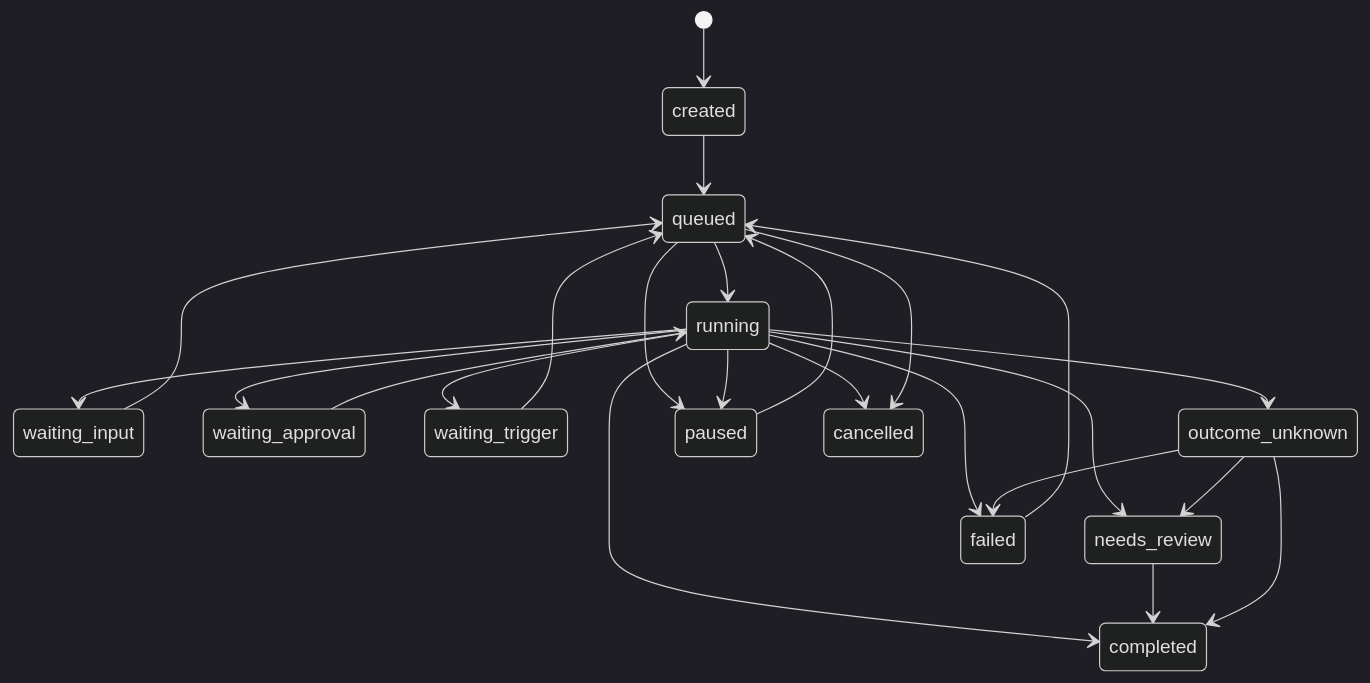
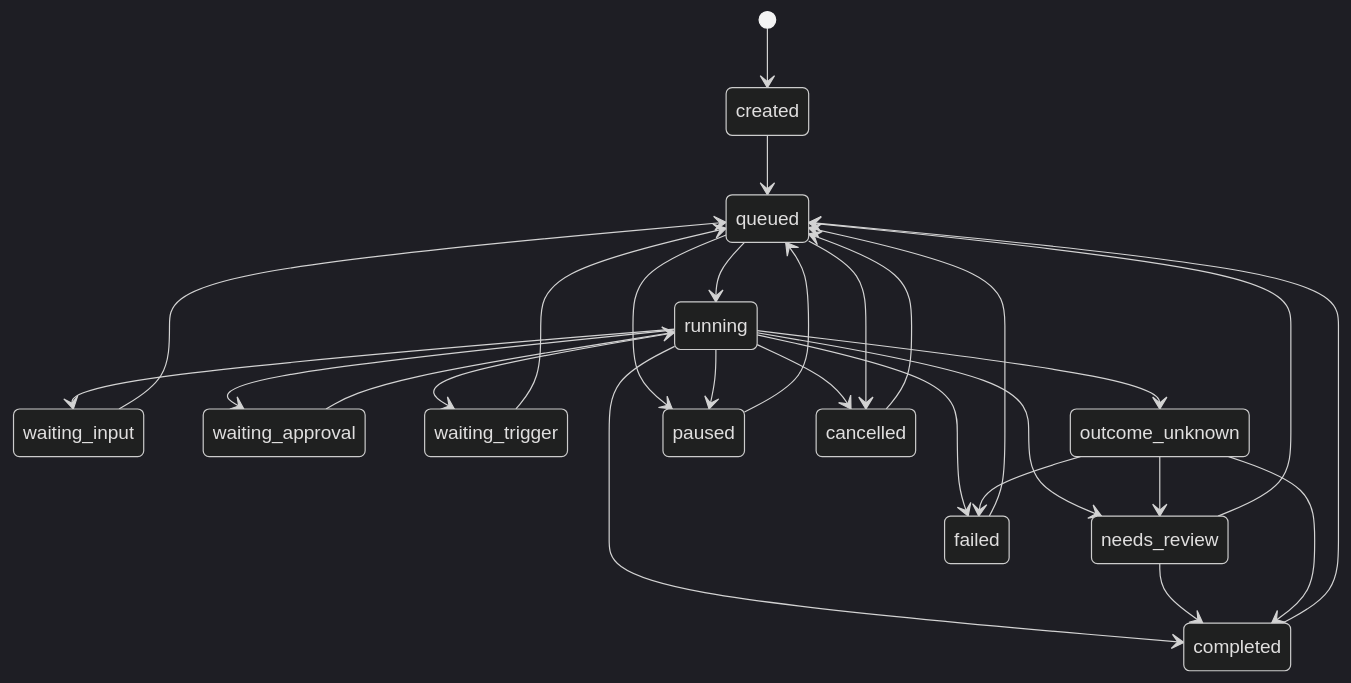
Before and after one commit to HarveyLiuFly/personal_agent: the first of 2 diagrams in docs/design/02_M2_工作台与持久执行.md, drawn with Mermaid (dark theme). The commit also changed other lines of this file and 14 other files, not shown here.

````diff
--- a/docs/design/02_M2_工作台与持久执行.md
+++ b/docs/design/02_M2_工作台与持久执行.md
@@ -47,26 +47,29 @@
 ```mermaid
 stateDiagram-v2
     [*] --> created
     created --> queued
     queued --> running
     running --> waiting_input
     running --> waiting_approval
     running --> waiting_trigger
     running --> needs_review
     running --> completed
     running --> failed
     running --> outcome_unknown
     waiting_input --> queued
     waiting_approval --> running
     waiting_trigger --> queued
     queued --> paused
     running --> paused
     paused --> queued
     needs_review --> completed
     failed --> queued
     outcome_unknown --> needs_review
     outcome_unknown --> completed
     outcome_unknown --> failed
     running --> cancelled
     queued --> cancelled
+    needs_review --> queued
+    completed --> queued
+    cancelled --> queued
 ```
````
